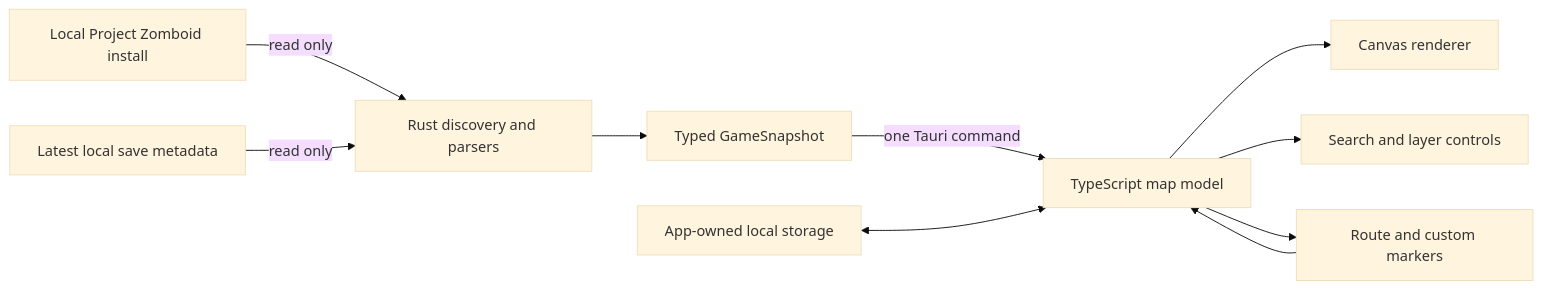
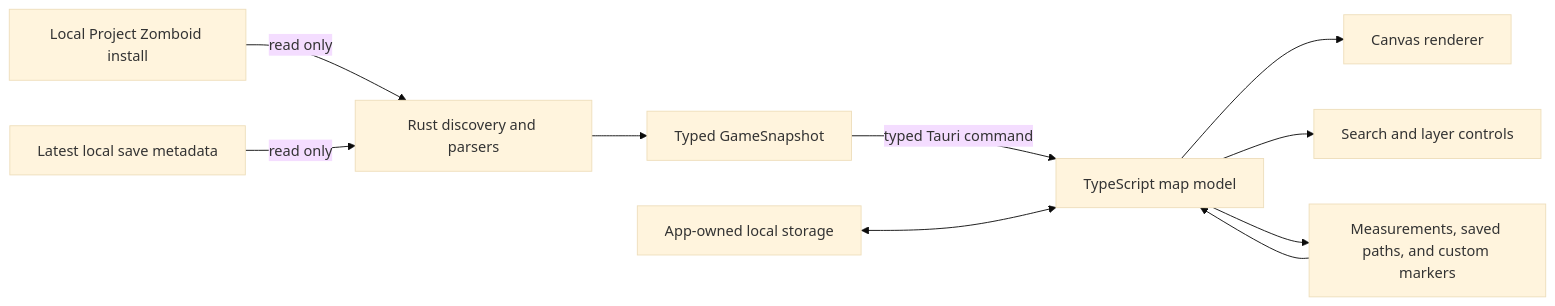
One commit to TheMysticTurtle/Knox-Atlas changed the diagram in docs/architecture.md. Above: the diagram before and after it, drawn with Mermaid (base theme). The commit also changed other lines of this file and 26 other files, not shown here.

````diff
--- a/docs/architecture.md
+++ b/docs/architecture.md
@@ -7,12 +7,12 @@
 ```mermaid
 flowchart LR
     A["Local Project Zomboid install"] -->|read only| B["Rust discovery and parsers"]
     S["Latest local save metadata"] -->|read only| B
     B --> C["Typed GameSnapshot"]
-    C -->|one Tauri command| D["TypeScript map model"]
+    C -->|typed Tauri command| D["TypeScript map model"]
     D --> E["Canvas renderer"]
     D --> F["Search and layer controls"]
     L["App-owned local storage"] <--> D
-    U["Route and custom markers"] --> D
+    U["Measurements, saved paths, and custom markers"] --> D
     D --> U
 ```
````
